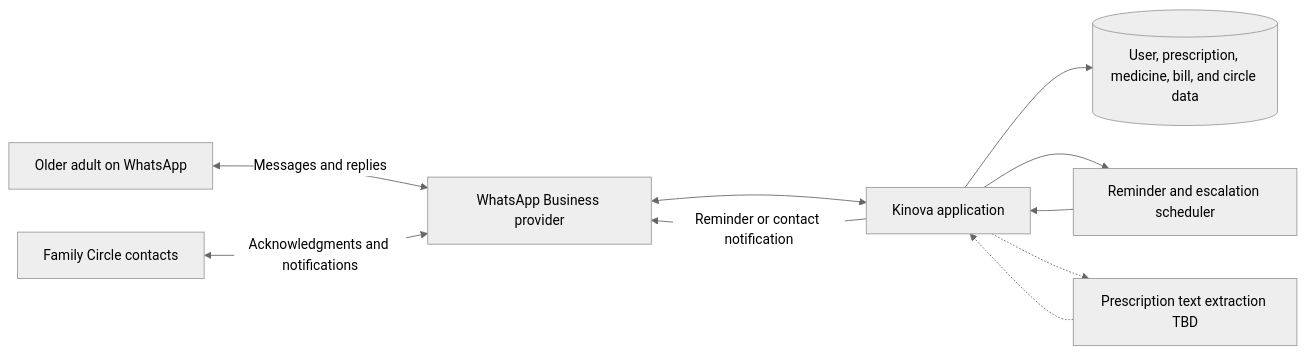
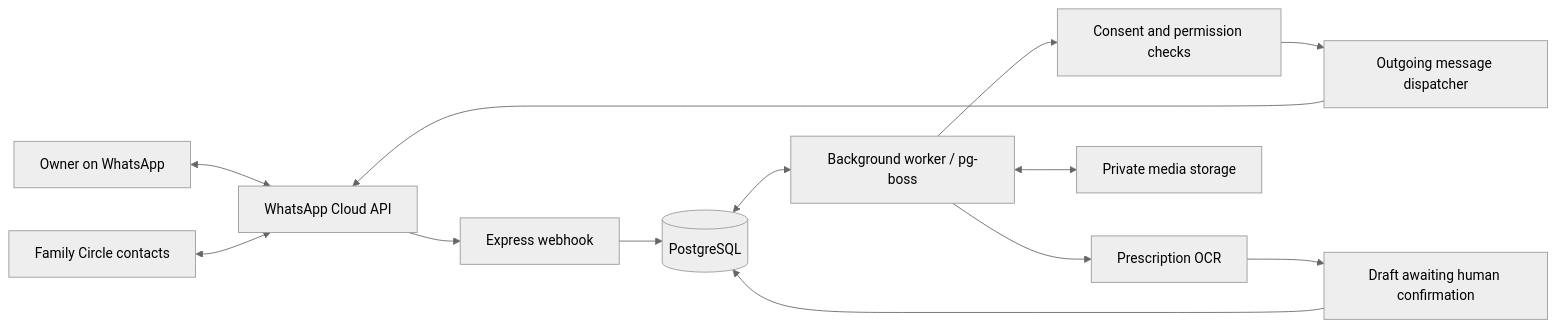
One commit to SurenDotCode/Kinova changed the second of 2 diagrams in README.md. Above: the diagram before and after it, drawn with Mermaid (neutral theme). The commit also changed other lines of this file, not shown here.

````diff
--- a/README.md
+++ b/README.md
@@ -101,12 +302,18 @@
 ```mermaid
 flowchart LR
-    User[Older adult on WhatsApp] <-->|Messages and replies| WA[WhatsApp Business provider]
-    WA <--> App[Kinova application]
-    App --> Data[(User, prescription, medicine, bill, and circle data)]
-    App --> Scheduler[Reminder and escalation scheduler]
-    Scheduler --> App
-    App -->|Reminder or contact notification| WA
-    Circle[Family Circle contacts] <-->|Acknowledgments and notifications| WA
-    App -.-> OCR[Prescription text extraction TBD]
-    OCR -.-> App
+    O[Owner on WhatsApp] <--> WA[WhatsApp Cloud API]
+    F[Family Circle contacts] <--> WA
+
+    WA --> API[Express webhook]
+    API --> DB[(PostgreSQL)]
+    DB <--> W[Background worker / pg-boss]
+    W --> P[Consent and permission checks]
+    P --> OUT[Outgoing message dispatcher]
+    OUT --> WA
+
+    W --> OCR[Prescription OCR]
+    OCR --> D[Draft awaiting human confirmation]
+    D --> DB
+
+    W <--> S3[Private media storage]
 ```
````
